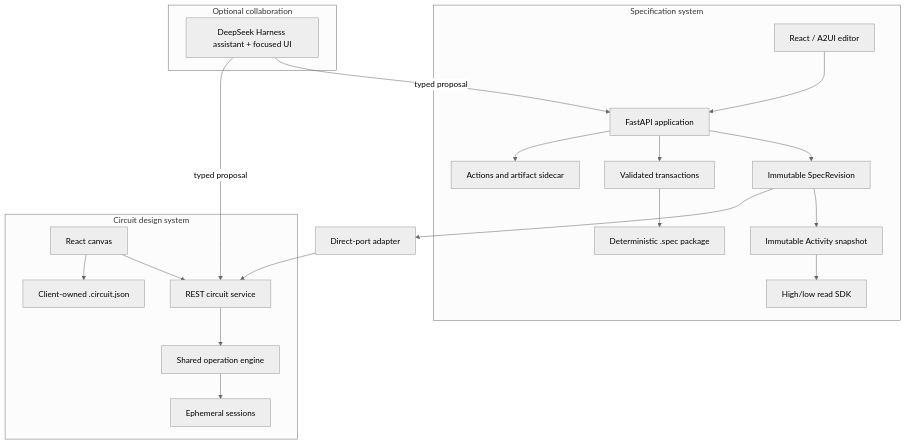
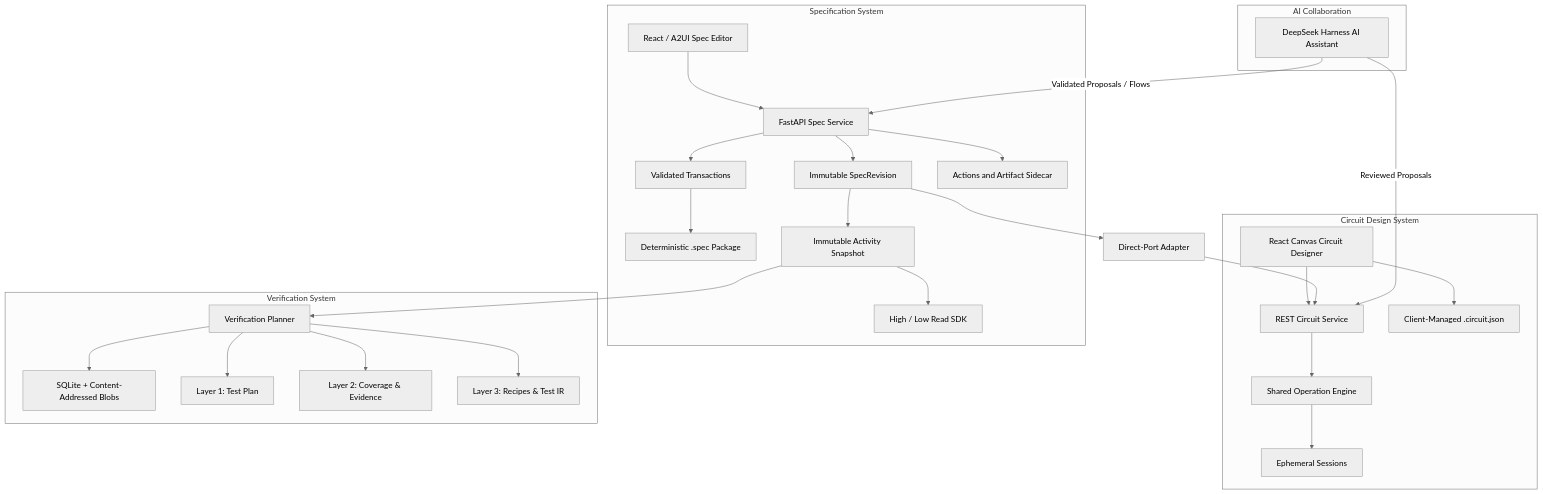
The first of 3 diagrams in docs/architecture.md (ankdesh/spec2gds), drawn with Mermaid (neutral theme) before and after one commit. The commit also changed other lines of this file and 73 other files, not shown here.

````diff
--- a/docs/architecture.md
+++ b/docs/architecture.md
@@ -8,27 +11,35 @@
 ```mermaid
 flowchart TB
-    subgraph Spec["Specification system"]
-        SE["React / A2UI editor"] --> SA["FastAPI application"]
+    subgraph Spec["Specification System"]
+        SE["React / A2UI Spec Editor"] --> SA["FastAPI Spec Service"]
         SA --> IR["Immutable SpecRevision"]
-        SA --> TX["Validated transactions"]
-        TX --> SP["Deterministic .spec package"]
-        SA --> AS["Actions and artifact sidecar"]
-        IR --> SNAP["Immutable Activity snapshot"]
-        SNAP --> SDK["High/low read SDK"]
+        SA --> TX["Validated Transactions"]
+        TX --> SP["Deterministic .spec Package"]
+        SA --> AS["Actions and Artifact Sidecar"]
+        IR --> SNAP["Immutable Activity Snapshot"]
+        SNAP --> SDK["High / Low Read SDK"]
     end
 
-    subgraph Circuit["Circuit design system"]
-        CE["React canvas"] --> CS["REST circuit service"]
-        CS --> ENG["Shared operation engine"]
-        ENG --> MEM["Ephemeral sessions"]
-        CE --> FILE["Client-owned .circuit.json"]
+    subgraph Circuit["Circuit Design System"]
+        CE["React Canvas Circuit Designer"] --> CS["REST Circuit Service"]
+        CS --> ENG["Shared Operation Engine"]
+        ENG --> MEM["Ephemeral Sessions"]
+        CE --> FILE["Client-Managed .circuit.json"]
     end
 
-    subgraph Optional["Optional collaboration"]
-        AU["DeepSeek Harness assistant + focused UI"]
+    subgraph Verification["Verification System"]
+        VP["Verification Planner"] --> VDB["SQLite + Content-Addressed Blobs"]
+        VP --> L1["Layer 1: Test Plan"]
+        VP --> L2["Layer 2: Coverage & Evidence"]
+        VP --> L3["Layer 3: Recipes & Test IR"]
     end
 
-    IR --> ADAPTER["Direct-port adapter"] --> CS
-    AU -->|"typed proposal"| SA
-    AU -->|"typed proposal"| CS
+    subgraph Assistant["AI Collaboration"]
+        AU["DeepSeek Harness AI Assistant"]
+    end
+
+    IR --> ADAPTER["Direct-Port Adapter"] --> CS
+    AU -->|"Validated Proposals / Flows"| SA
+    AU -->|"Reviewed Proposals"| CS
+    SNAP --> VP
 ```
````
